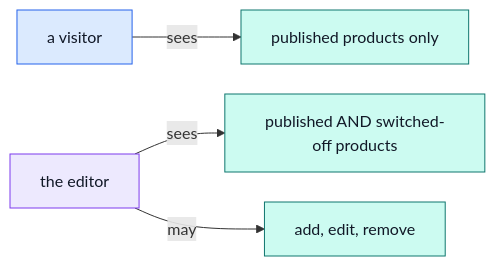
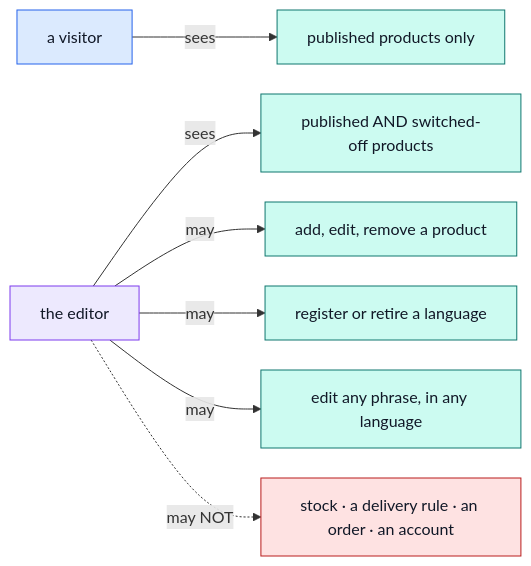
The diagram in docs/demo-ecommerce/editor.md (Guebbit/boilerplate-node-backend), drawn with Mermaid before and after one commit. The commit also changed other lines of this file and 18 other files, not shown here.

````diff
--- a/docs/demo-ecommerce/editor.md
+++ b/docs/demo-ecommerce/editor.md
@@ -14,14 +16,19 @@
 ```mermaid
 %%{init: {'flowchart': {'nodeSpacing': 30, 'rankSpacing': 55}}}%%
 flowchart LR
     G["a visitor"] -->|"sees"| A["published products only"]
     E["the editor"] -->|"sees"| B["published AND switched-off products"]
-    E -->|"may"| C["add, edit, remove"]
+    E -->|"may"| C["add, edit, remove a product"]
+    E -->|"may"| D["register or retire a language"]
+    E -->|"may"| F["edit any phrase, in any language"]
+    E -.->|"may NOT"| X["stock · a delivery rule · an order · an account"]
 
     classDef visitor fill:#dbeafe,stroke:#2563eb,color:#111827;
     classDef staff fill:#ede9fe,stroke:#7c3aed,color:#111827;
     classDef effect fill:#ccfbf1,stroke:#0f766e,color:#111827;
+    classDef cannot fill:#fee2e2,stroke:#b91c1c,color:#111827;
     class G visitor;
     class E staff;
-    class A,B,C effect;
+    class A,B,C,D,F effect;
+    class X cannot;
 ```
````
